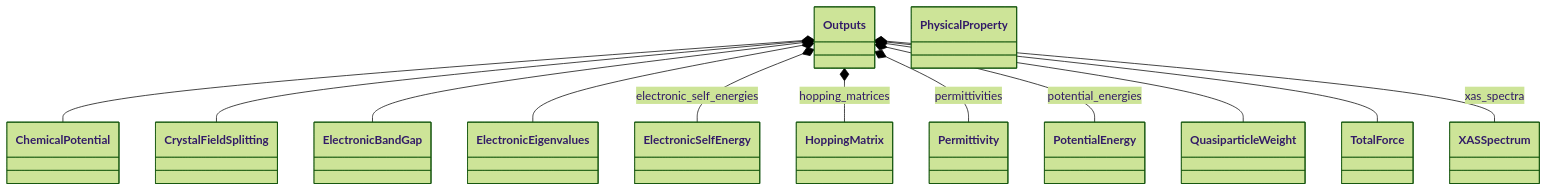
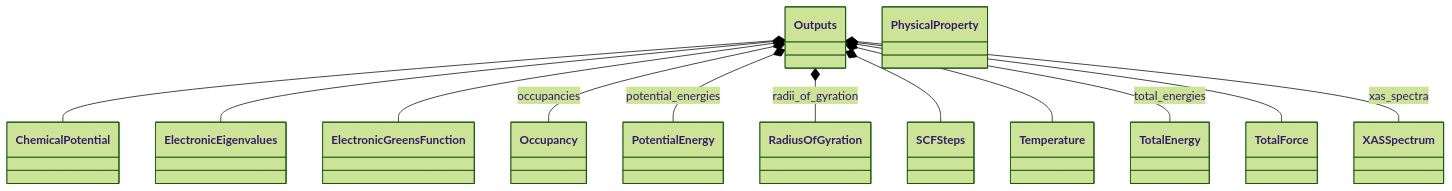
One commit to FAIRmat-NFDI/nomad-simulations changed the second of 2 diagrams in docs/schema/outputs.diagram.md. Above: the diagram before and after it, drawn with Mermaid (forest theme). The commit also changed other lines of this file and 34 other files, not shown here.

````diff
--- a/docs/schema/outputs.diagram.md
+++ b/docs/schema/outputs.diagram.md
@@ -54,27 +68,40 @@
 ```mermaid
 classDiagram
-    class ChemicalPotential
-    class CrystalFieldSplitting
-    class ElectronicBandGap
-    class ElectronicEigenvalues
-    class ElectronicSelfEnergy
-    class HoppingMatrix
-    class Outputs
-    class Permittivity
-    class PhysicalProperty
-    class PotentialEnergy
-    class QuasiparticleWeight
-    class TotalForce
-    class XASSpectrum
+    class ChemicalPotential {
+    }
+    class ElectronicEigenvalues {
+    }
+    class ElectronicGreensFunction {
+    }
+    class Occupancy {
+    }
+    class Outputs {
+    }
+    class PhysicalProperty {
+    }
+    class PotentialEnergy {
+    }
+    class RadiusOfGyration {
+    }
+    class SCFSteps {
+    }
+    class Temperature {
+    }
+    class TotalEnergy {
+    }
+    class TotalForce {
+    }
+    class XASSpectrum {
+    }
     Outputs *-- ChemicalPotential
-    Outputs *-- CrystalFieldSplitting
-    Outputs *-- ElectronicBandGap
     Outputs *-- ElectronicEigenvalues
-    Outputs *-- ElectronicSelfEnergy : electronic_self_energies
-    Outputs *-- HoppingMatrix : hopping_matrices
-    Outputs *-- Permittivity : permittivities
+    Outputs *-- ElectronicGreensFunction
+    Outputs *-- Occupancy : occupancies
     Outputs *-- PotentialEnergy : potential_energies
-    Outputs *-- QuasiparticleWeight
+    Outputs *-- RadiusOfGyration : radii_of_gyration
+    Outputs *-- SCFSteps
+    Outputs *-- Temperature
+    Outputs *-- TotalEnergy : total_energies
     Outputs *-- TotalForce
     Outputs *-- XASSpectrum : xas_spectra
 ```
````
